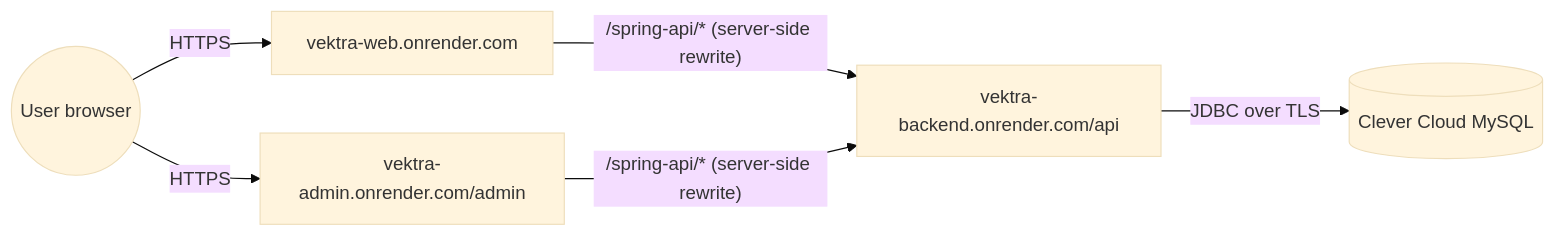
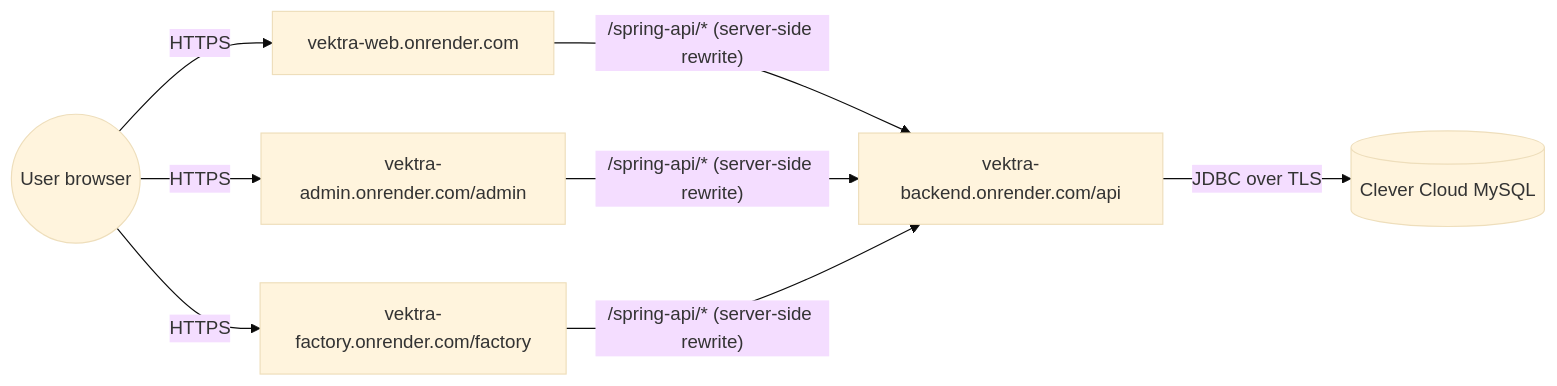
The second of 2 diagrams in docs/architecture.md (Kairo248/vektra), drawn with Mermaid (base theme) before and after one commit. The commit also changed other lines of this file and 76 other files, not shown here.

````diff
--- a/docs/architecture.md
+++ b/docs/architecture.md
@@ -146,14 +157,17 @@
 ```mermaid
 flowchart LR
     User((User browser))
     Web[vektra-web.onrender.com]
     Admin["vektra-admin.onrender.com/admin"]
+    Factory["vektra-factory.onrender.com/factory"]
     Backend[vektra-backend.onrender.com/api]
     DB[(Clever Cloud MySQL)]
 
     User -- HTTPS --> Web
     User -- HTTPS --> Admin
+    User -- HTTPS --> Factory
     Web -- "/spring-api/* (server-side rewrite)" --> Backend
     Admin -- "/spring-api/* (server-side rewrite)" --> Backend
+    Factory -- "/spring-api/* (server-side rewrite)" --> Backend
     Backend -- "JDBC over TLS" --> DB
 ```
````
